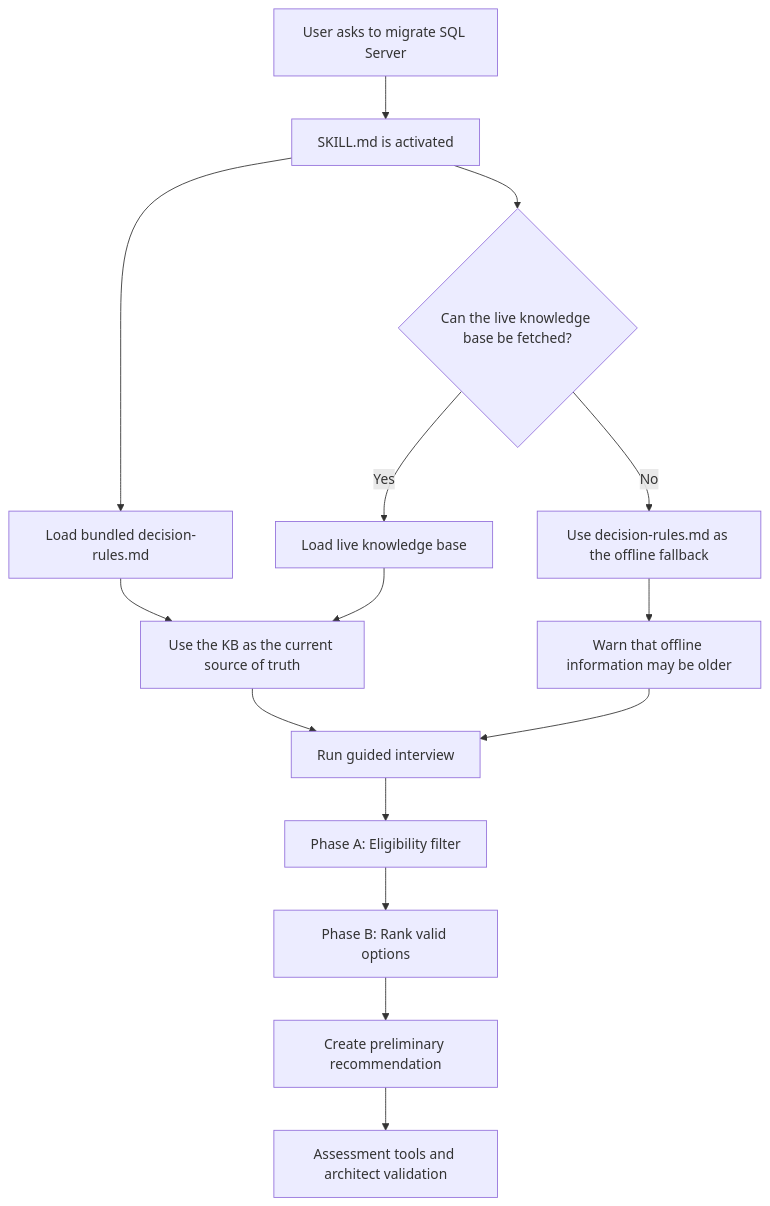
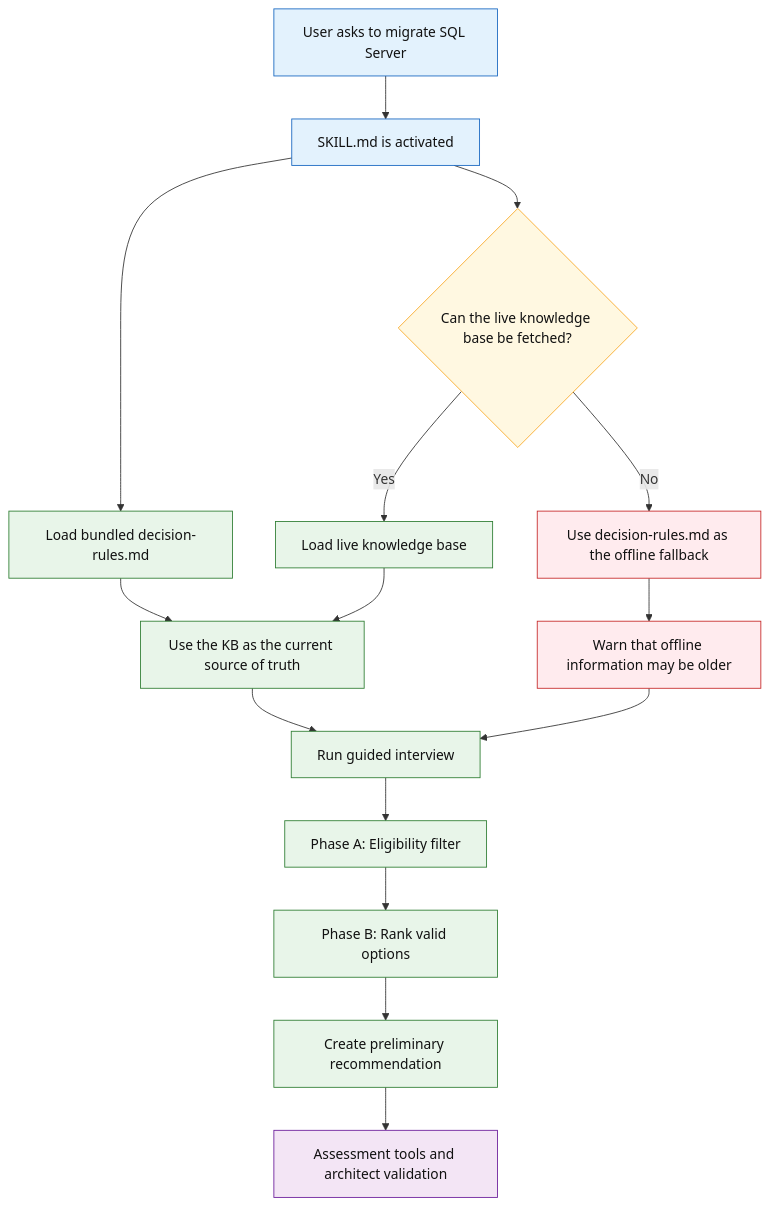
One commit to fredgis/sql-migration-advisor changed the first of 6 diagrams in docs/sql-migration-advisor-developer-pitch.md. Above: the diagram before and after it, drawn with Mermaid. The commit also changed other lines of this file, not shown here.

````diff
--- a/docs/sql-migration-advisor-developer-pitch.md
+++ b/docs/sql-migration-advisor-developer-pitch.md
@@ -23,22 +23,33 @@
 ```mermaid
 flowchart TD
     A[User asks to migrate SQL Server] --> B[SKILL.md is activated]
 
     B --> C[Load bundled decision-rules.md]
     B --> D{Can the live knowledge base be fetched?}
 
     D -- Yes --> E[Load live knowledge base]
     E --> F[Use the KB as the current source of truth]
     C --> F
 
     D -- No --> G[Use decision-rules.md as the offline fallback]
     G --> H[Warn that offline information may be older]
 
     F --> I[Run guided interview]
     H --> I
 
     I --> J[Phase A: Eligibility filter]
     J --> K[Phase B: Rank valid options]
     K --> L[Create preliminary recommendation]
     L --> M[Assessment tools and architect validation]
+
+    classDef entry fill:#e3f2fd,stroke:#1565c0,color:#111
+    classDef ask fill:#fff8e1,stroke:#f9a825,color:#111
+    classDef online fill:#e8f5e9,stroke:#2e7d32,color:#111
+    classDef offline fill:#ffebee,stroke:#c62828,color:#111
+    classDef human fill:#f3e5f5,stroke:#6a1b9a,color:#111
+    class A,B entry
+    class D ask
+    class C,E,F,I,J,K,L online
+    class G,H offline
+    class M human
 ```
````
